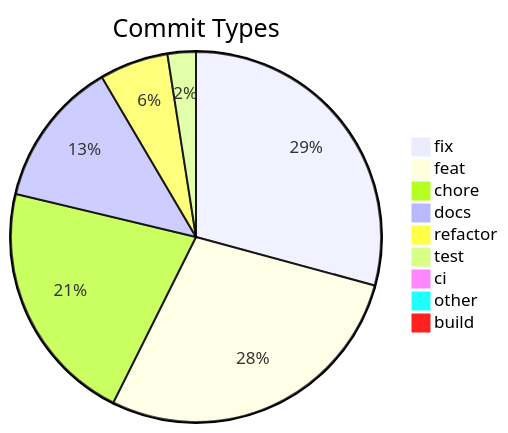
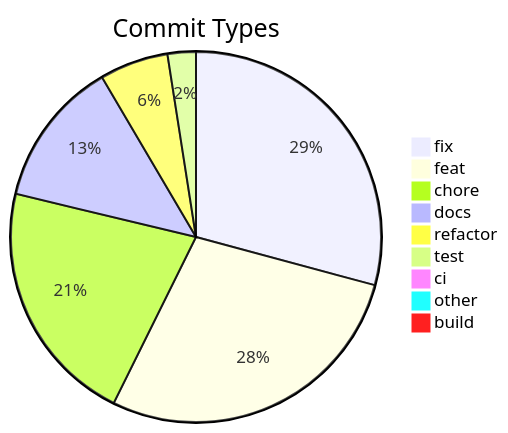
The diagram in .shipwright/compliance/change-history.md (svenroth-ai/shipwright), drawn with Mermaid before and after one commit. The commit also changed other lines of this file and 18 other files, not shown here.

````diff
--- a/.shipwright/compliance/change-history.md
+++ b/.shipwright/compliance/change-history.md
@@ -8,12 +8,12 @@
 ```mermaid
 pie title Commit Types
     "fix" : 331
     "feat" : 319
-    "chore" : 242
+    "chore" : 243
     "docs" : 145
     "refactor" : 68
     "test" : 28
     "ci" : 11
     "other" : 9
     "build" : 1
 ```
````
